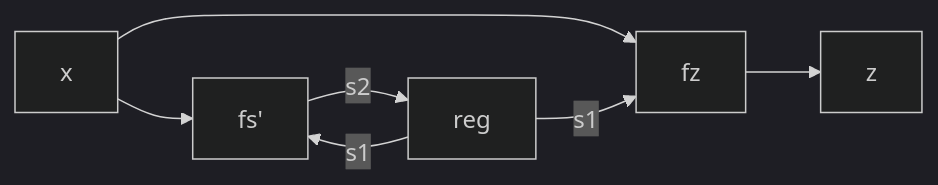
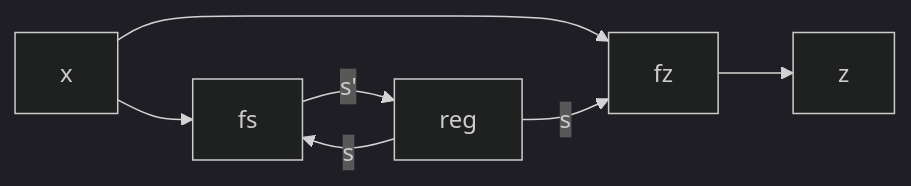
Before and after one commit to SuperSamus/appunti-universitari: the third of 6 diagrams in Architettura e sistemi operativi/Automi.md, drawn with Mermaid (dark theme). The commit also changed other lines of this file, not shown here.

````diff
--- a/Architettura e sistemi operativi/Automi.md
+++ b/Architettura e sistemi operativi/Automi.md
@@ -27,6 +35,6 @@
 ```mermaid
 flowchart LR
-x --> fs' & fz
-fs' --> |s2| reg --> |s1| fs' & fz
+x --> fs & fz
+fs --> |s'| reg --> |s| fs & fz
 fz --> z
 ```
````
